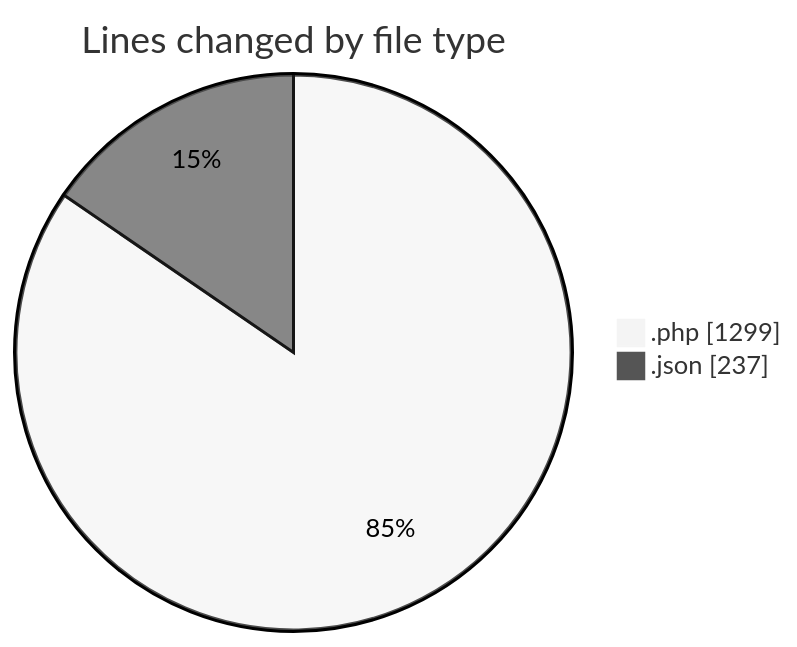
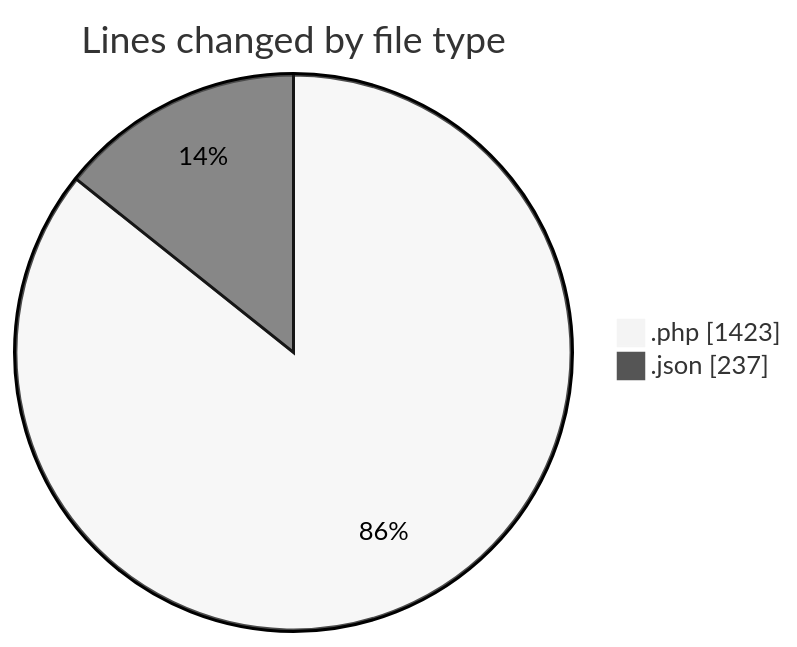
One commit to idhammustaqopulfikri/code-tracking changed the first of 2 diagrams in 2025-06-22/studio-backend/README.md. Above: the diagram before and after it, drawn with Mermaid (neutral theme). The commit also changed other lines of this file and 1 other file, not shown here.

````diff
--- a/2025-06-22/studio-backend/README.md
+++ b/2025-06-22/studio-backend/README.md
@@ -25,6 +25,6 @@
 ```mermaid
 pie showData
 title Lines changed by file type
-".php" : 1299
+".php" : 1423
 ".json" : 237
 ```
````
